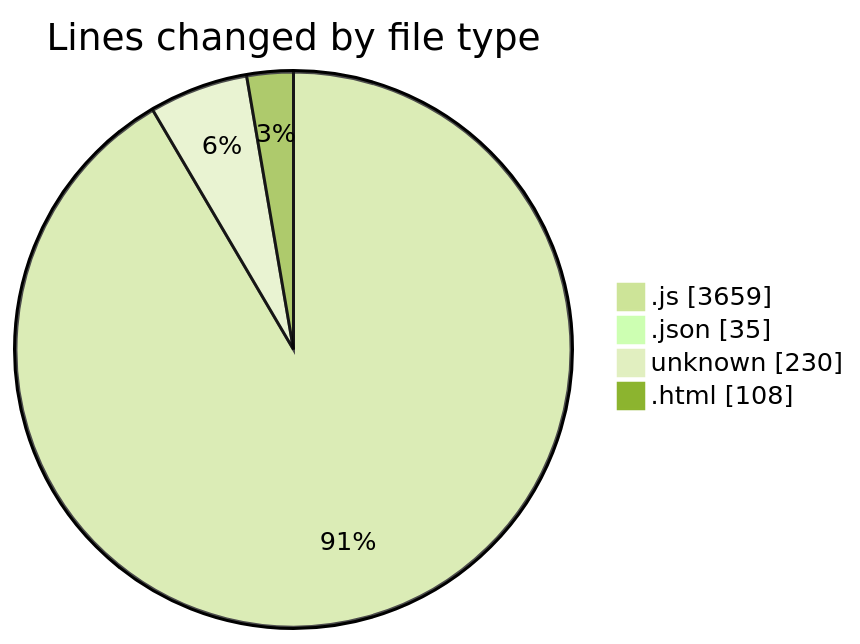
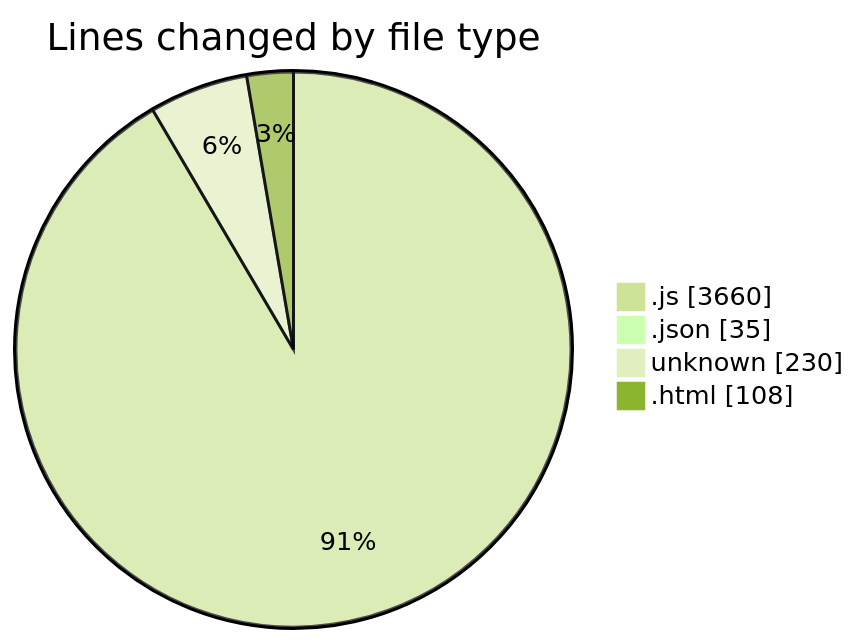
One commit to becaeroporto-bot/code-tracking changed the first of 2 diagrams in 2026-02-20/bot_i_a/README.md. Above: the diagram before and after it, drawn with Mermaid (forest theme). The commit also changed other lines of this file and 1 other file, not shown here.

````diff
--- a/2026-02-20/bot_i_a/README.md
+++ b/2026-02-20/bot_i_a/README.md
@@ -44,8 +44,8 @@
 ```mermaid
 pie showData
 title Lines changed by file type
-".js" : 3659
+".js" : 3660
 ".json" : 35
 "unknown" : 230
 ".html" : 108
 ```
````
